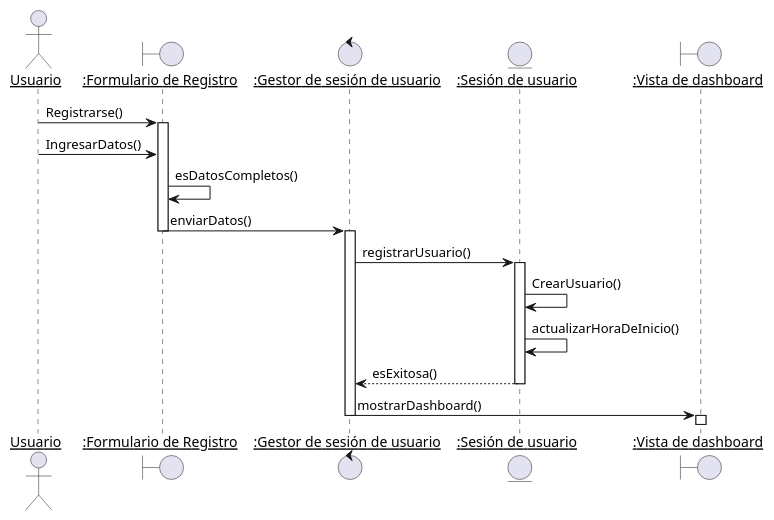
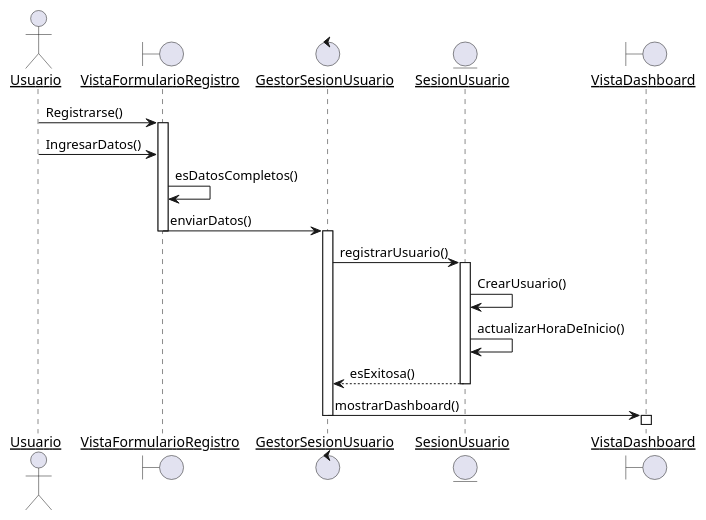
One commit to Samantha-Ramirez/ProyectoEquipo7ING changed the diagram in docs/scenariosView/DisciplinaDeDisenio/DiagramaDeSecuenciaRegistrarse.plantUML. Above: the diagram before and after it, drawn with PlantUML. The commit also changed 11 other files, not shown here.

```diff
--- a/docs/scenariosView/DisciplinaDeDisenio/DiagramaDeSecuenciaRegistrarse.plantUML
+++ b/docs/scenariosView/DisciplinaDeDisenio/DiagramaDeSecuenciaRegistrarse.plantUML
@@ -1,30 +1,30 @@
 @startuml DiagramaDeSecuenciaRegistrarse
 skinparam sequenceParticipant underline
 
 actor Usuario as user
-boundary ":Formulario de Registro" as FR
-control ":Gestor de sesión de usuario" as GSU
-entity ":Sesión de usuario" as SU
-boundary ":Vista de dashboard" as VD
+boundary VistaFormularioRegistro
+control GestorSesionUsuario
+entity SesionUsuario
+boundary VistaDashboard
 
 
-user -> FR : Registrarse()
-activate FR
-user -> FR : IngresarDatos()
-FR -> FR : esDatosCompletos()
-FR -> GSU : enviarDatos()
-deactivate FR
-activate GSU
-GSU -> SU : registrarUsuario()
-activate SU
-SU -> SU : CrearUsuario()
-SU -> SU :  actualizarHoraDeInicio()
-SU --> GSU : esExitosa()
-deactivate SU
-GSU -> VD : mostrarDashboard()
-deactivate GSU
-activate VD
-deactivate VD
+user -> VistaFormularioRegistro : Registrarse()
+activate VistaFormularioRegistro
+user -> VistaFormularioRegistro : IngresarDatos()
+VistaFormularioRegistro -> VistaFormularioRegistro : esDatosCompletos()
+VistaFormularioRegistro -> GestorSesionUsuario : enviarDatos()
+deactivate VistaFormularioRegistro
+activate GestorSesionUsuario
+GestorSesionUsuario -> SesionUsuario : registrarUsuario()
+activate SesionUsuario
+SesionUsuario -> SesionUsuario : CrearUsuario()
+SesionUsuario -> SesionUsuario :  actualizarHoraDeInicio()
+SesionUsuario --> GestorSesionUsuario : esExitosa()
+deactivate SesionUsuario
+GestorSesionUsuario -> VistaDashboard : mostrarDashboard()
+deactivate GestorSesionUsuario
+activate VistaDashboard
+deactivate VistaDashboard
 
 
 @enduml
```
